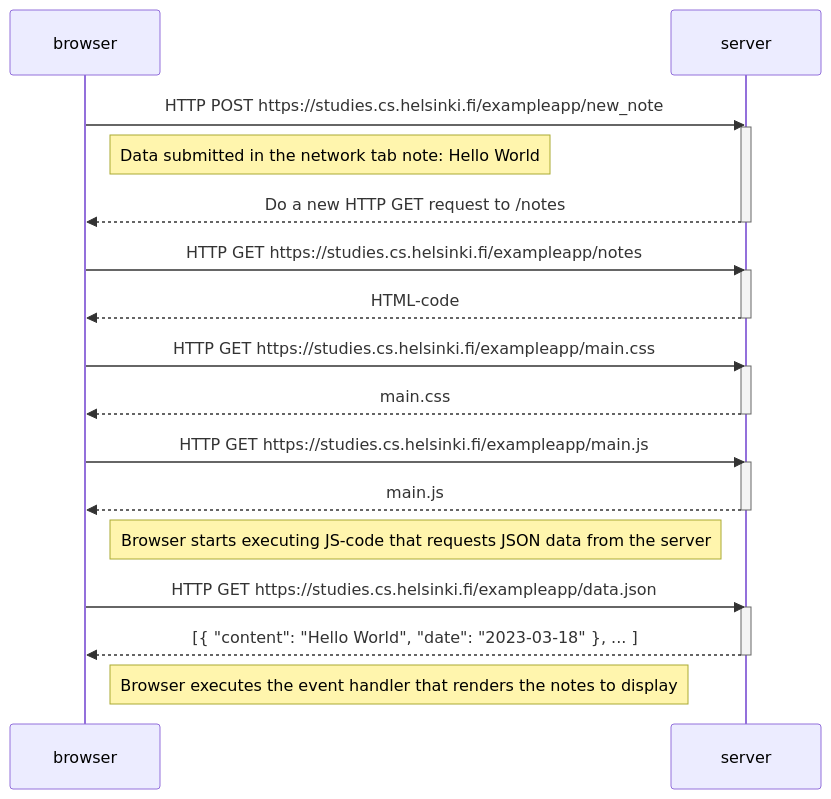
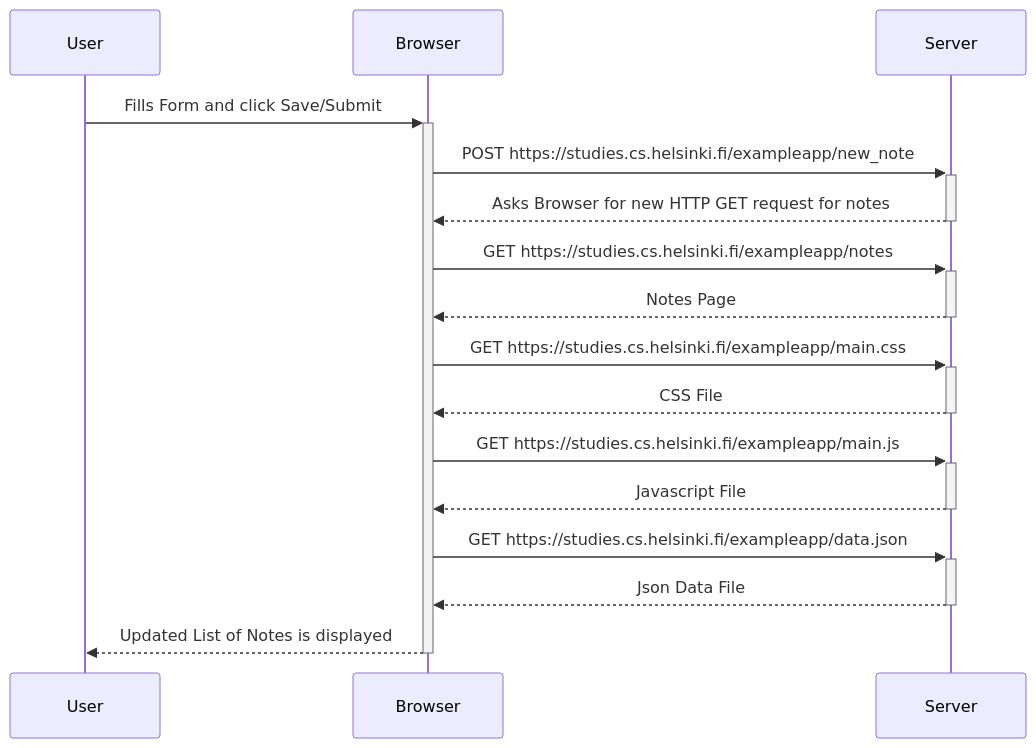
The diagram in 0.5.md (Nandana-Santhosh/fullstackopen), drawn with Mermaid before and after one commit.

````diff
--- a/0.5.md
+++ b/0.5.md
@@ -2,34 +2,19 @@
 ```mermaid
 sequenceDiagram
-    participant browser
-    participant server
+    participant User
+    participant Browser
+    participant Server
+    User->>+Browser: Fills Form and click Save/Submit
+    Browser->>+Server: POST https://studies.cs.helsinki.fi/exampleapp/new_note
+    Server-->>-Browser: Asks Browser for new HTTP GET request for notes
+    Browser->>+Server: GET https://studies.cs.helsinki.fi/exampleapp/notes
+    Server-->>-Browser: Notes Page
+    Browser->>+Server: GET https://studies.cs.helsinki.fi/exampleapp/main.css
+    Server-->>-Browser: CSS File
+    Browser->>+Server: GET https://studies.cs.helsinki.fi/exampleapp/main.js
+    Server-->>-Browser: Javascript File
+    Browser->>+Server: GET https://studies.cs.helsinki.fi/exampleapp/data.json
+    Server-->>-Browser: Json Data File
+    Browser-->>-User: Updated List of Notes is displayed
 
-    browser->>server: HTTP POST https://studies.cs.helsinki.fi/exampleapp/new_note
-    activate server
-    Note right of browser: Data submitted in the network tab note: Hello World
-    server-->>browser: Do a new HTTP GET request to /notes
-    deactivate server
-    
-    browser->>server: HTTP GET https://studies.cs.helsinki.fi/exampleapp/notes
-    activate server
-    server-->>browser: HTML-code
-    deactivate server
-    
-    browser->>server: HTTP GET https://studies.cs.helsinki.fi/exampleapp/main.css
-    activate server
-    server-->>browser: main.css
-    deactivate server
-
-    browser->>server: HTTP GET https://studies.cs.helsinki.fi/exampleapp/main.js
-    activate server
-    server-->>browser: main.js
-    deactivate server
-    Note right of browser: Browser starts executing JS-code that requests JSON data from the server
-
-    browser->>server: HTTP GET https://studies.cs.helsinki.fi/exampleapp/data.json
-    activate server
-    server-->>browser: [{ "content": "Hello World", "date": "2023-03-18" }, ... ]
-    deactivate server
-
-    Note right of browser: Browser executes the event handler that renders the notes to display
 ```
````
